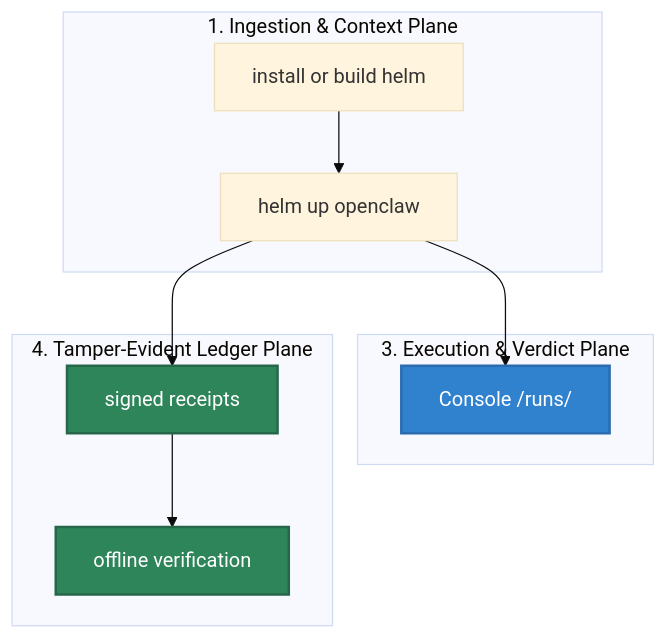
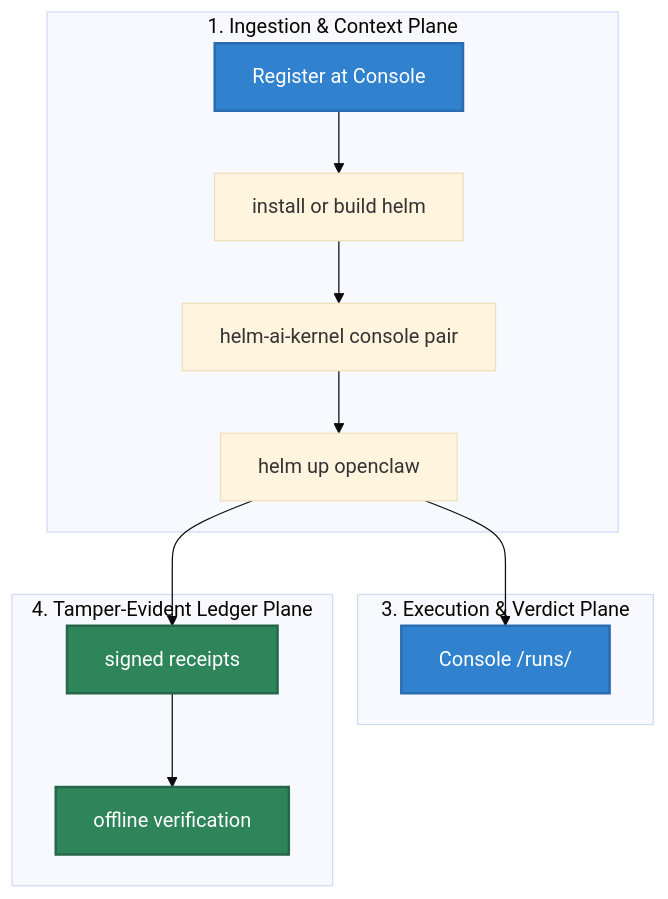
Before and after one commit to Mindburn-Labs/helm-ai-kernel: the diagram in docs/QUICKSTART.md, drawn with Mermaid (base theme). The commit also changed other lines of this file and 63 other files, not shown here.

````diff
--- a/docs/QUICKSTART.md
+++ b/docs/QUICKSTART.md
@@ -23,27 +24,32 @@
 ```mermaid
 flowchart TD
     subgraph Ingestion["1. Ingestion & Context Plane"]
+        Register["Register at Console"]
         Install["install or build helm"]
+        Pair["helm-ai-kernel console pair"]
         Up["helm up openclaw"]
     end
 
     subgraph Execution["3. Execution & Verdict Plane"]
         Console["Console /runs/<run_id>"]
     end
 
     subgraph Ledger["4. Tamper-Evident Ledger Plane"]
         Receipts["signed receipts"]
         Verify["offline verification"]
     end
 
     %% Operational Flow Edges
-    Install --> Up
+    Register --> Install
+    Install --> Pair
+    Pair --> Up
     Up --> Console
     Up --> Receipts
     Receipts --> Verify
 
     %% Premium Styling Rules
+    style Register fill:#3182ce,stroke:#2b6cb0,stroke-width:2px,color:#fff
     style Console fill:#3182ce,stroke:#2b6cb0,stroke-width:2px,color:#fff
     style Receipts fill:#2f855a,stroke:#276749,stroke-width:2px,color:#fff
     style Verify fill:#2f855a,stroke:#276749,stroke-width:2px,color:#fff
 ```
````
